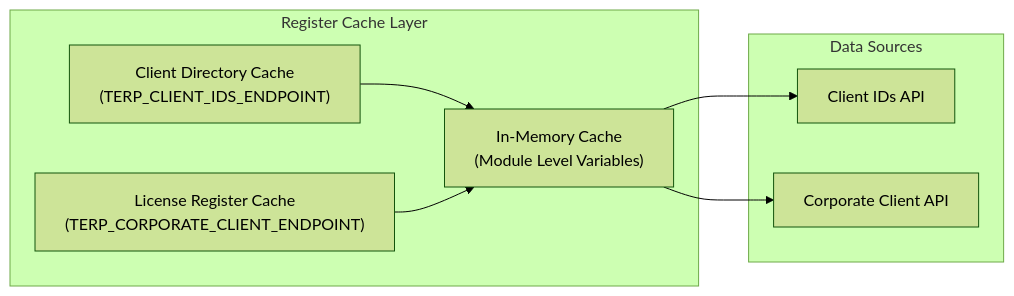
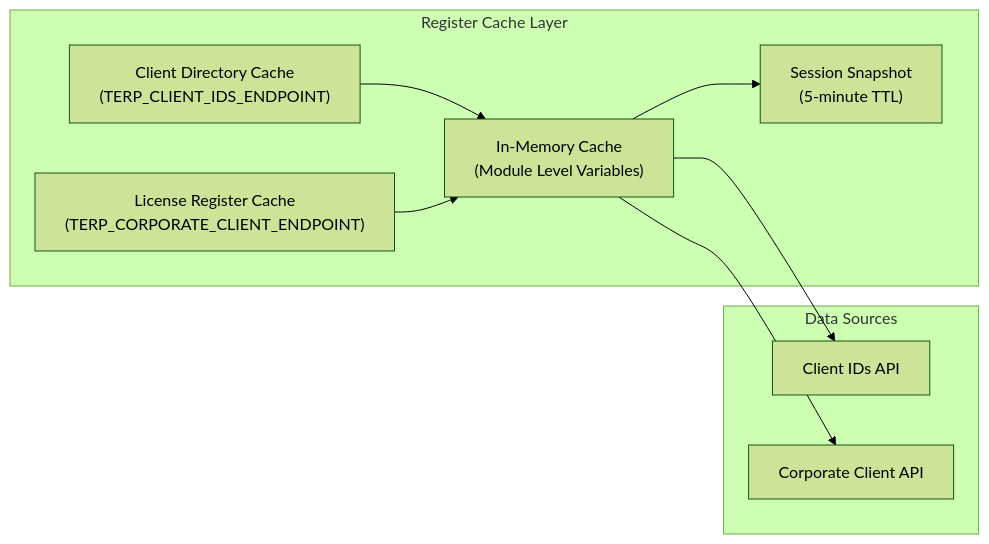
One commit to imcbsglobal/TRELLISCO_ERP_FRONTEND changed the fourth of 6 diagrams in .qoder/repowiki/en/content/Application Architecture/Authentication & Authorization.md. Above: the diagram before and after it, drawn with Mermaid (forest theme). The commit also changed other lines of this file and 27 other files, not shown here.

````diff
--- a/.qoder/repowiki/en/content/Application Architecture/Authentication & Authorization.md
+++ b/.qoder/repowiki/en/content/Application Architecture/Authentication & Authorization.md
@@ -273,16 +288,18 @@
 ```mermaid
 graph LR
 subgraph "Register Cache Layer"
 CLIENT_DIR["Client Directory Cache<br/>(TERP_CLIENT_IDS_ENDPOINT)"]
 LICENSE_REG["License Register Cache<br/>(TERP_CORPORATE_CLIENT_ENDPOINT)"]
 CACHE_STORE["In-Memory Cache<br/>(Module Level Variables)"]
+SNAPSHOT["Session Snapshot<br/>(5-minute TTL)"]
 end
 subgraph "Data Sources"
 CLIENT_API["Client IDs API"]
 LICENSE_API["Corporate Client API"]
 end
 CLIENT_DIR --> CACHE_STORE
 LICENSE_REG --> CACHE_STORE
+CACHE_STORE --> SNAPSHOT
 CACHE_STORE --> CLIENT_API
 CACHE_STORE --> LICENSE_API
 ```
````
